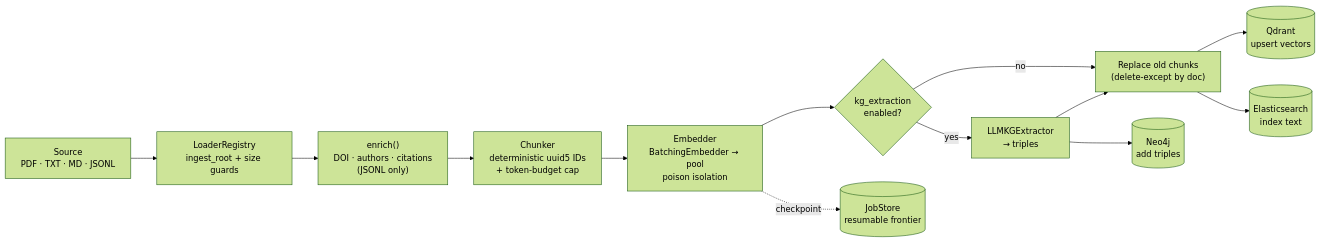
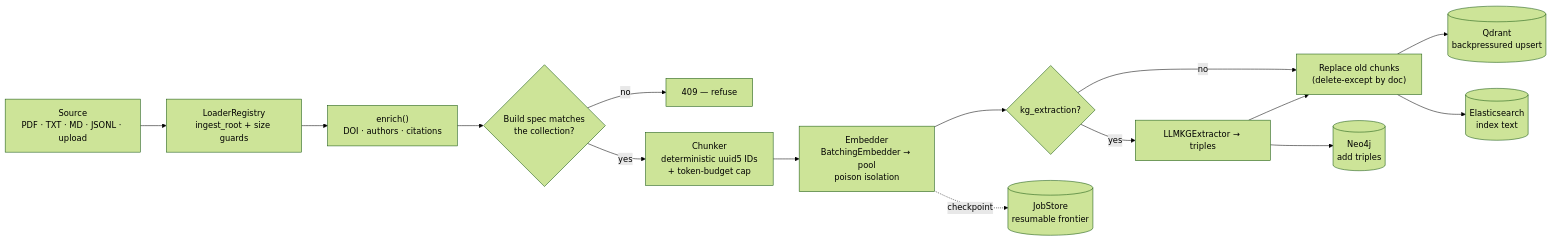
The second of 3 diagrams in docs/ARCHITECTURE.md (wilke/ragstack), drawn with Mermaid (forest theme) before and after one commit. The commit also changed other lines of this file and 13 other files, not shown here.

````diff
--- a/docs/ARCHITECTURE.md
+++ b/docs/ARCHITECTURE.md
@@ -168,15 +265,17 @@
 ```mermaid
 flowchart LR
-    SRC["Source<br/>PDF · TXT · MD · JSONL"] --> LOAD["LoaderRegistry<br/>ingest_root + size guards"]
-    LOAD --> ENR["enrich()<br/>DOI · authors · citations<br/>(JSONL only)"]
-    ENR --> CHK["Chunker<br/>deterministic uuid5 IDs<br/>+ token-budget cap"]
+    SRC["Source<br/>PDF · TXT · MD · JSONL · upload"] --> LOAD["LoaderRegistry<br/>ingest_root + size guards"]
+    LOAD --> ENR["enrich()<br/>DOI · authors · citations"]
+    ENR --> SPEC{"Build spec matches<br/>the collection?"}
+    SPEC -->|no| ERR["409 — refuse"]
+    SPEC -->|yes| CHK["Chunker<br/>deterministic uuid5 IDs<br/>+ token-budget cap"]
     CHK --> EMBED["Embedder<br/>BatchingEmbedder → pool<br/>poison isolation"]
-    EMBED --> KG{"kg_extraction<br/>enabled?"}
-    KG -->|yes| TRIP["LLMKGExtractor<br/>→ triples"]
+    EMBED --> KG{"kg_extraction?"}
+    KG -->|yes| TRIP["LLMKGExtractor → triples"]
     KG -->|no| REP
     TRIP --> REP["Replace old chunks<br/>(delete-except by doc)"]
-    REP --> VEC[("Qdrant<br/>upsert vectors")]
+    REP --> VEC[("Qdrant<br/>backpressured upsert")]
     REP --> TXT[("Elasticsearch<br/>index text")]
     TRIP --> GR[("Neo4j<br/>add triples")]
     EMBED -.checkpoint.-> JOB[("JobStore<br/>resumable frontier")]
 ```
````
